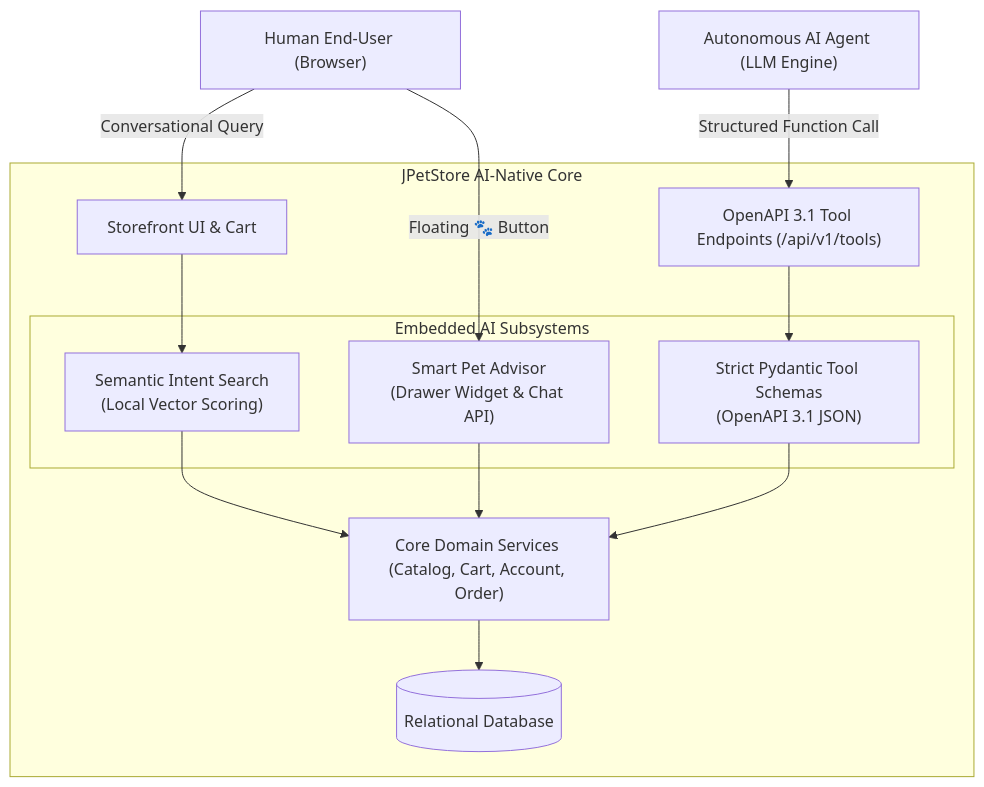
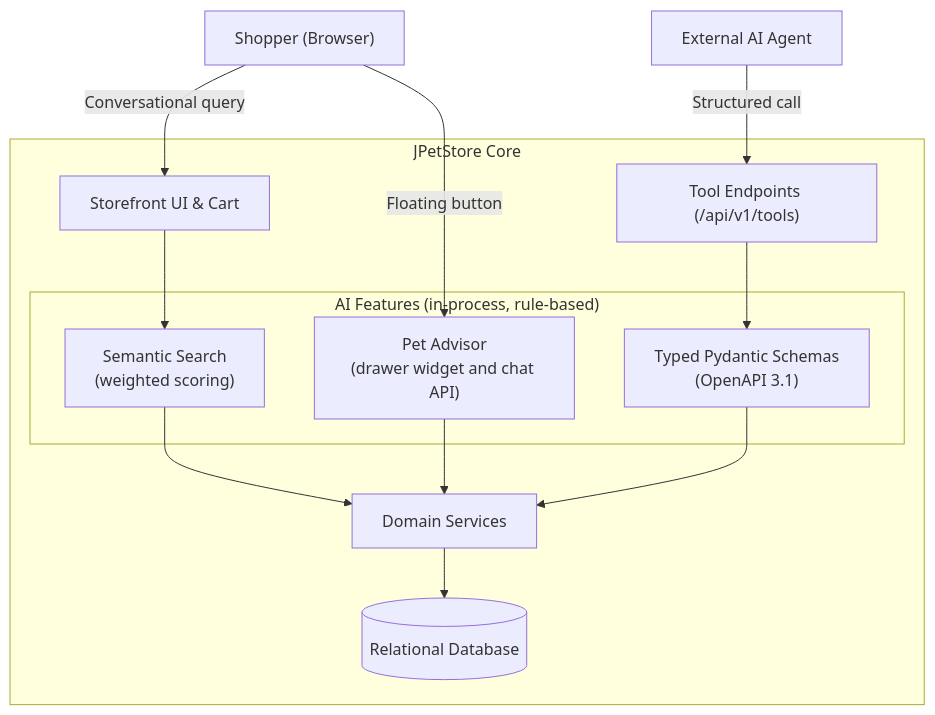
One commit to skillencetech/jpetstore changed the diagram in README.md. Above: the diagram before and after it, drawn with Mermaid. The commit also changed other lines of this file, not shown here.

First line of the commit message:
Make README claims evidence-based

````diff
--- a/README.md
+++ b/README.md
@@ -131,30 +114,30 @@
 ```mermaid
 graph TD
-    User["Human End-User (Browser)"]
-    Agent["Autonomous AI Agent (LLM Engine)"]
+    User["Shopper (Browser)"]
+    Agent["External AI Agent"]
 
-    subgraph Platform["JPetStore AI-Native Core"]
+    subgraph Platform["JPetStore Core"]
         WebUI["Storefront UI & Cart"]
-        ToolAPI["OpenAPI 3.1 Tool Endpoints (/api/v1/tools)"]
-        
-        subgraph AIEngine["Embedded AI Subsystems"]
-            SemanticSearch["Semantic Intent Search<br/>(Local Vector Scoring)"]
-            PetAdvisor["Smart Pet Advisor<br/>(Drawer Widget & Chat API)"]
-            ToolSchemas["Strict Pydantic Tool Schemas<br/>(OpenAPI 3.1 JSON)"]
+        ToolAPI["Tool Endpoints (/api/v1/tools)"]
+
+        subgraph AIFeatures["AI Features (in-process, rule-based)"]
+            SemanticSearch["Semantic Search<br/>(weighted scoring)"]
+            PetAdvisor["Pet Advisor<br/>(drawer widget and chat API)"]
+            ToolSchemas["Typed Pydantic Schemas<br/>(OpenAPI 3.1)"]
         end
 
-        Services["Core Domain Services (Catalog, Cart, Account, Order)"]
+        Services["Domain Services"]
         DB[("Relational Database")]
     end
 
-    User -->|Conversational Query| WebUI
-    User -->|Floating 🐾 Button| PetAdvisor
-    Agent -->|Structured Function Call| ToolAPI
-    
+    User -->|Conversational query| WebUI
+    User -->|Floating button| PetAdvisor
+    Agent -->|Structured call| ToolAPI
+
     WebUI --> SemanticSearch
     SemanticSearch --> Services
     PetAdvisor --> Services
     ToolAPI --> ToolSchemas
     ToolSchemas --> Services
     Services --> DB
 ```
````
